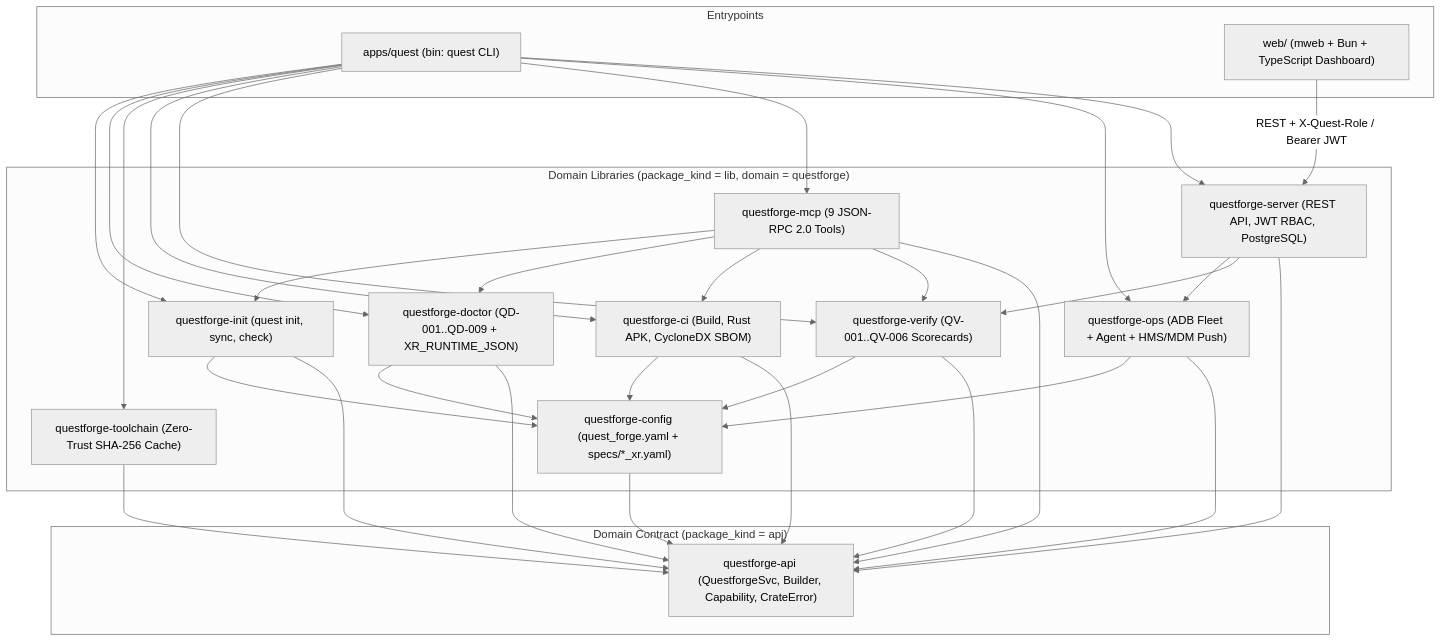
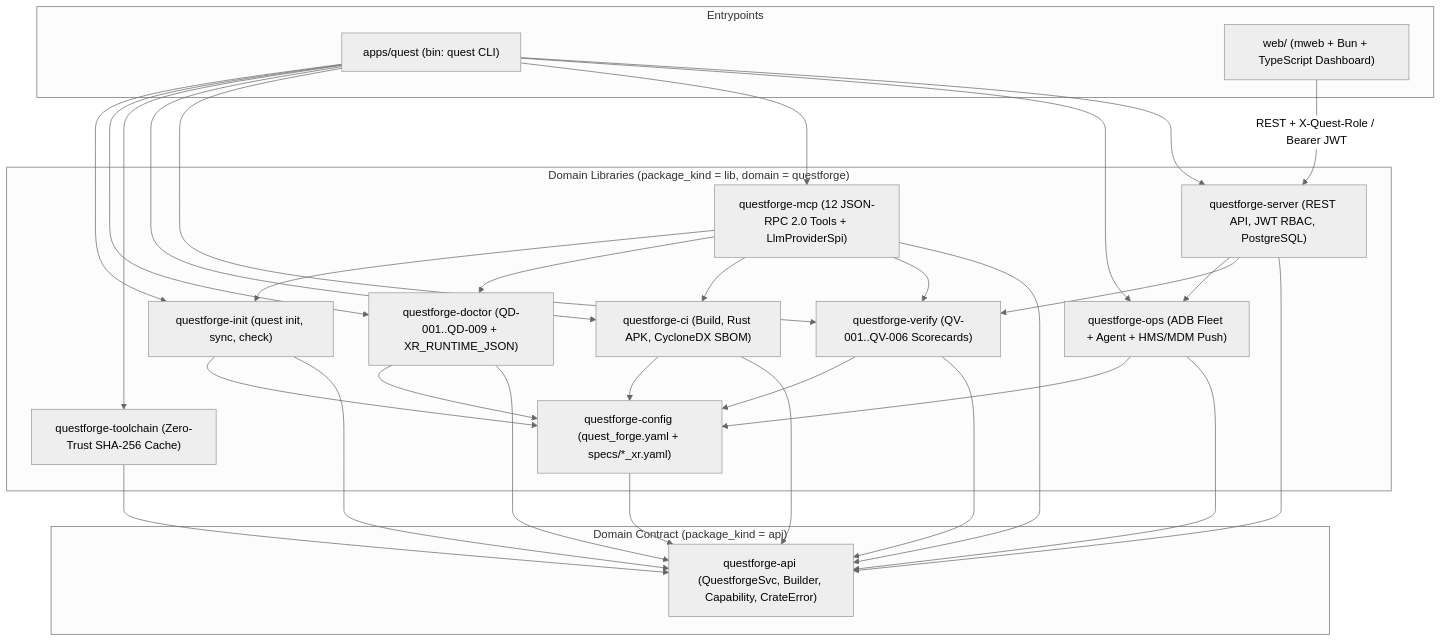
One commit to sweengineeringlabs/questforge changed the first of 3 diagrams in docs/3-design/architecture.md. Above: the diagram before and after it, drawn with Mermaid (neutral theme). The commit also changed other lines of this file and 8 other files, not shown here.

````diff
--- a/docs/3-design/architecture.md
+++ b/docs/3-design/architecture.md
@@ -19,30 +19,30 @@
 ```mermaid
 flowchart TD
     subgraph Entrypoints["Entrypoints"]
         CLI["apps/quest (bin: quest CLI)"]
         Web["web/ (mweb + Bun + TypeScript Dashboard)"]
     end
 
     subgraph Libs["Domain Libraries (package_kind = lib, domain = questforge)"]
         Config["questforge-config (quest_forge.yaml + specs/*_xr.yaml)"]
         Toolchain["questforge-toolchain (Zero-Trust SHA-256 Cache)"]
         Doctor["questforge-doctor (QD-001..QD-009 + XR_RUNTIME_JSON)"]
         Init["questforge-init (quest init, sync, check)"]
         CI["questforge-ci (Build, Rust APK, CycloneDX SBOM)"]
         Verify["questforge-verify (QV-001..QV-006 Scorecards)"]
-        MCP["questforge-mcp (9 JSON-RPC 2.0 Tools)"]
+        MCP["questforge-mcp (12 JSON-RPC 2.0 Tools + LlmProviderSpi)"]
         Ops["questforge-ops (ADB Fleet + Agent + HMS/MDM Push)"]
         Server["questforge-server (REST API, JWT RBAC, PostgreSQL)"]
     end
 
     subgraph API["Domain Contract (package_kind = api)"]
         ApiCrate["questforge-api (QuestforgeSvc, Builder, Capability, CrateError)"]
     end
 
     CLI --> Init & Doctor & Toolchain & CI & Verify & MCP & Ops & Server
     Web -->|"REST + X-Quest-Role / Bearer JWT"| Server
     MCP --> Init & Doctor & CI & Verify
     Server --> Ops & Verify
     Init & Doctor & CI & Verify & Ops --> Config
     Config & Toolchain & Doctor & Init & CI & Verify & MCP & Ops & Server --> ApiCrate
 ```
````
